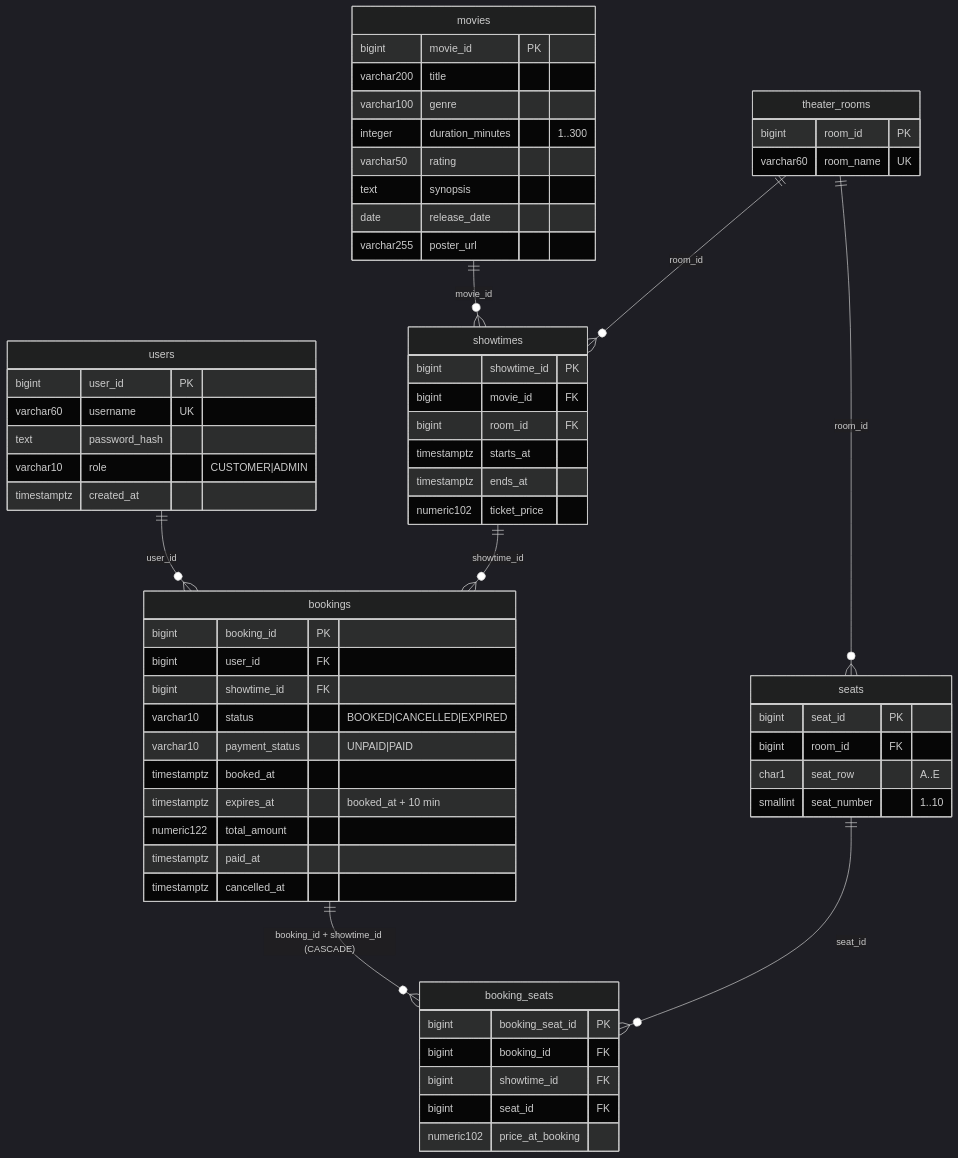
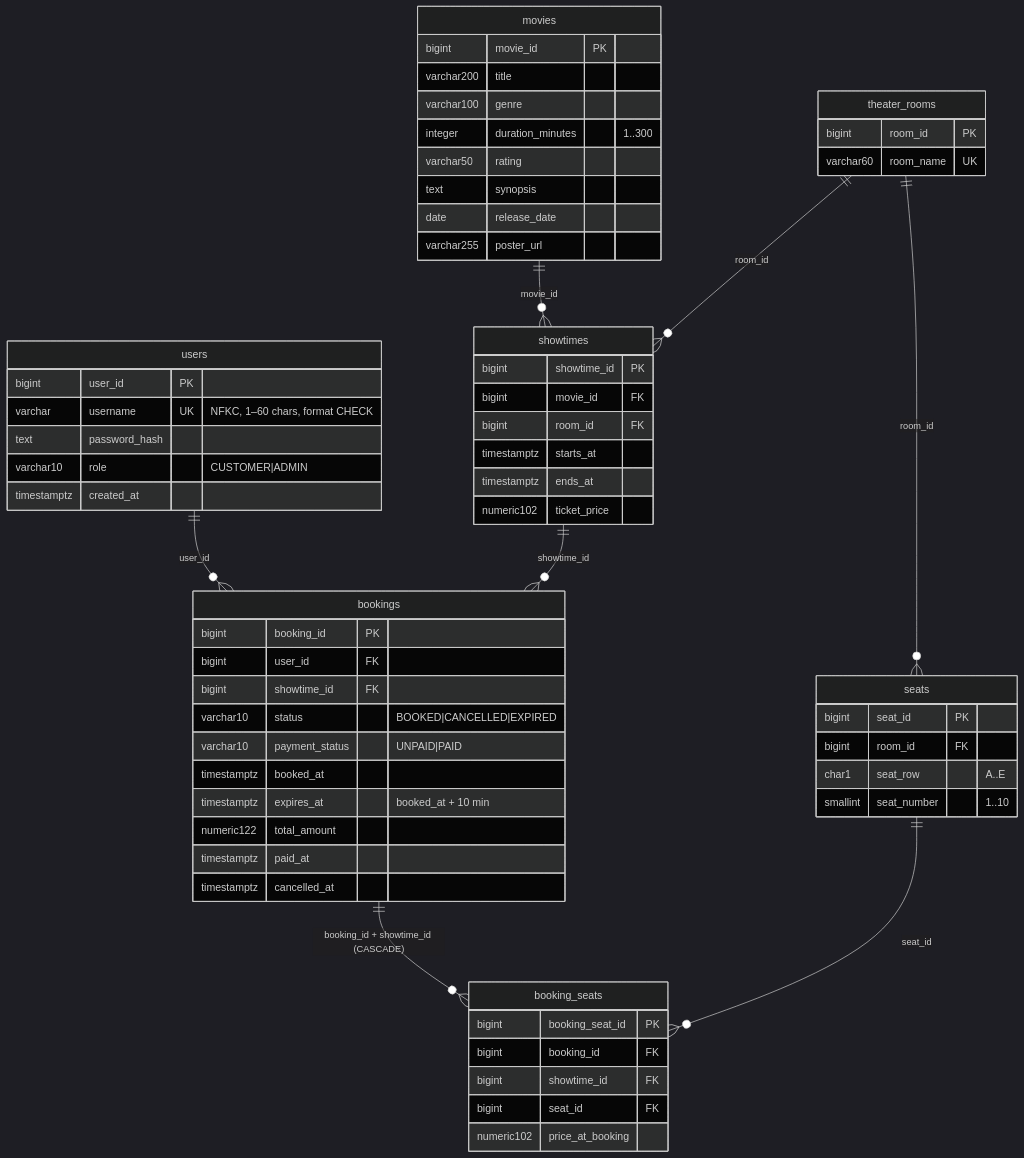
The diagram in docs/database/physical_data_model.md (unhodrgn/Cinema), drawn with Mermaid (dark theme) before and after one commit. The commit also changed other lines of this file and 61 other files, not shown here.

Commit message:
Enforce a unified username policy and release schema 0006

````diff
--- a/docs/database/physical_data_model.md
+++ b/docs/database/physical_data_model.md
@@ -8,65 +8,65 @@
 ```mermaid
 erDiagram
     users ||--o{ bookings : "user_id"
     movies ||--o{ showtimes : "movie_id"
     theater_rooms ||--o{ seats : "room_id"
     theater_rooms ||--o{ showtimes : "room_id"
     showtimes ||--o{ bookings : "showtime_id"
     bookings ||--o{ booking_seats : "booking_id + showtime_id (CASCADE)"
     seats ||--o{ booking_seats : "seat_id"
 
     users {
         bigint user_id PK
-        varchar60 username UK
+        varchar username UK "NFKC, 1–60 chars, format CHECK"
         text password_hash
         varchar10 role "CUSTOMER|ADMIN"
         timestamptz created_at
     }
     movies {
         bigint movie_id PK
         varchar200 title
         varchar100 genre
         integer duration_minutes "1..300"
         varchar50 rating
         text synopsis
         date release_date
         varchar255 poster_url
     }
     theater_rooms {
         bigint room_id PK
         varchar60 room_name UK
     }
     seats {
         bigint seat_id PK
         bigint room_id FK
         char1 seat_row "A..E"
         smallint seat_number "1..10"
     }
     showtimes {
         bigint showtime_id PK
         bigint movie_id FK
         bigint room_id FK
         timestamptz starts_at
         timestamptz ends_at
         numeric102 ticket_price
     }
     bookings {
         bigint booking_id PK
         bigint user_id FK
         bigint showtime_id FK
         varchar10 status "BOOKED|CANCELLED|EXPIRED"
         varchar10 payment_status "UNPAID|PAID"
         timestamptz booked_at
         timestamptz expires_at "booked_at + 10 min"
         numeric122 total_amount
         timestamptz paid_at
         timestamptz cancelled_at
     }
     booking_seats {
         bigint booking_seat_id PK
         bigint booking_id FK
         bigint showtime_id FK
         bigint seat_id FK
         numeric102 price_at_booking
     }
 ```
````
